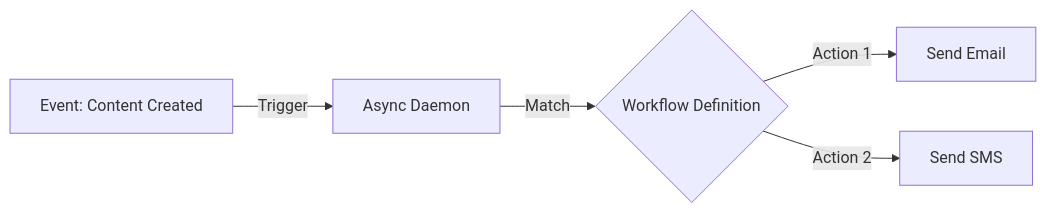
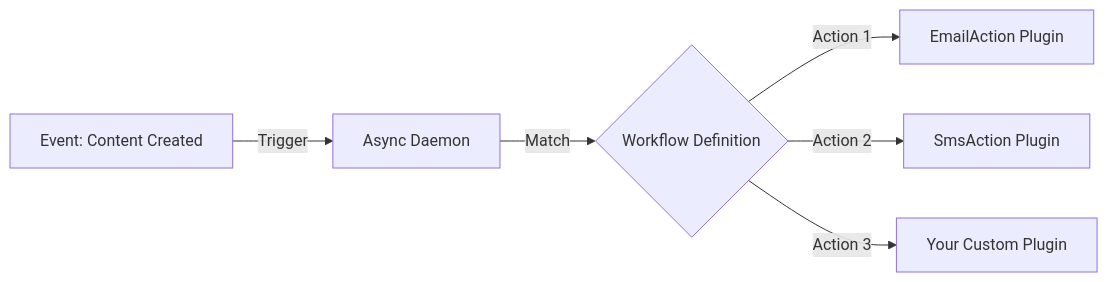
Before and after one commit to BaryoDev/barakoCMS: the diagram in docs/workflows/index.md, drawn with Mermaid. The commit also changed other lines of this file and 16 other files, not shown here.

Commit message:
feat: Introduce a pluggable workflow action system with built-in Email, SMS, Webhook, CreateTask, UpdateField, and Conditional actions, along with comprehensive documentation.

````diff
--- a/docs/workflows/index.md
+++ b/docs/workflows/index.md
@@ -7,7 +11,8 @@
 ```mermaid
 graph LR
     Event[Event: Content Created] -->|Trigger| Daemon[Async Daemon]
     Daemon -->|Match| Workflow{Workflow Definition}
-    Workflow -->|Action 1| Email[Send Email]
-    Workflow -->|Action 2| SMS[Send SMS]
+    Workflow -->|Action 1| Email[EmailAction Plugin]
+    Workflow -->|Action 2| SMS[SmsAction Plugin]
+    Workflow -->|Action 3| Custom[Your Custom Plugin]
 ```
````
